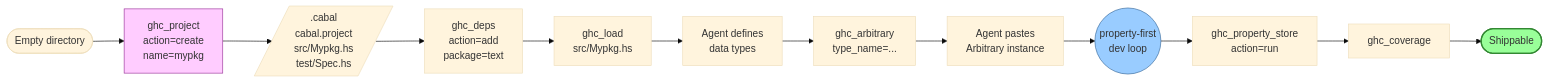
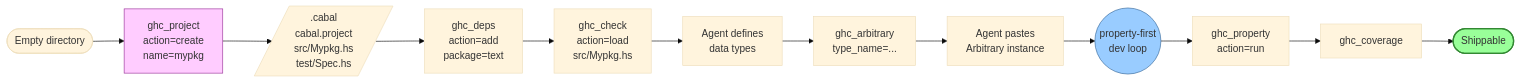
The second of 5 diagrams in docs/flows.md (damian-rafael-lattenero/haskell-rules-and-mcp), drawn with Mermaid (base theme) before and after one commit. The commit also changed other lines of this file and 29 other files, not shown here.

````diff
--- a/docs/flows.md
+++ b/docs/flows.md
@@ -59,21 +59,21 @@
 ```mermaid
 flowchart LR
     empty([Empty directory]) --> create[ghc_project<br/>action=create<br/>name=mypkg]
     create --> files[/.cabal<br/>cabal.project<br/>src/Mypkg.hs<br/>test/Spec.hs/]
 
     files --> deps[ghc_deps<br/>action=add<br/>package=text]
-    deps --> first[ghc_load<br/>src/Mypkg.hs]
+    deps --> first[ghc_check<br/>action=load<br/>src/Mypkg.hs]
 
     first --> types[Agent defines<br/>data types]
     types --> arb[ghc_arbitrary<br/>type_name=...]
     arb --> paste[Agent pastes<br/>Arbitrary instance]
     paste --> devloop((property-first<br/>dev loop))
 
-    devloop --> allgreen[ghc_property_store<br/>action=run]
+    devloop --> allgreen[ghc_property<br/>action=run]
     allgreen --> coverage[ghc_coverage]
     coverage --> ship([Shippable])
 
     style create fill:#fcf,stroke:#939
     style devloop fill:#9cf,stroke:#369
     style ship fill:#9f9,stroke:#383,stroke-width:2px
 ```
````
